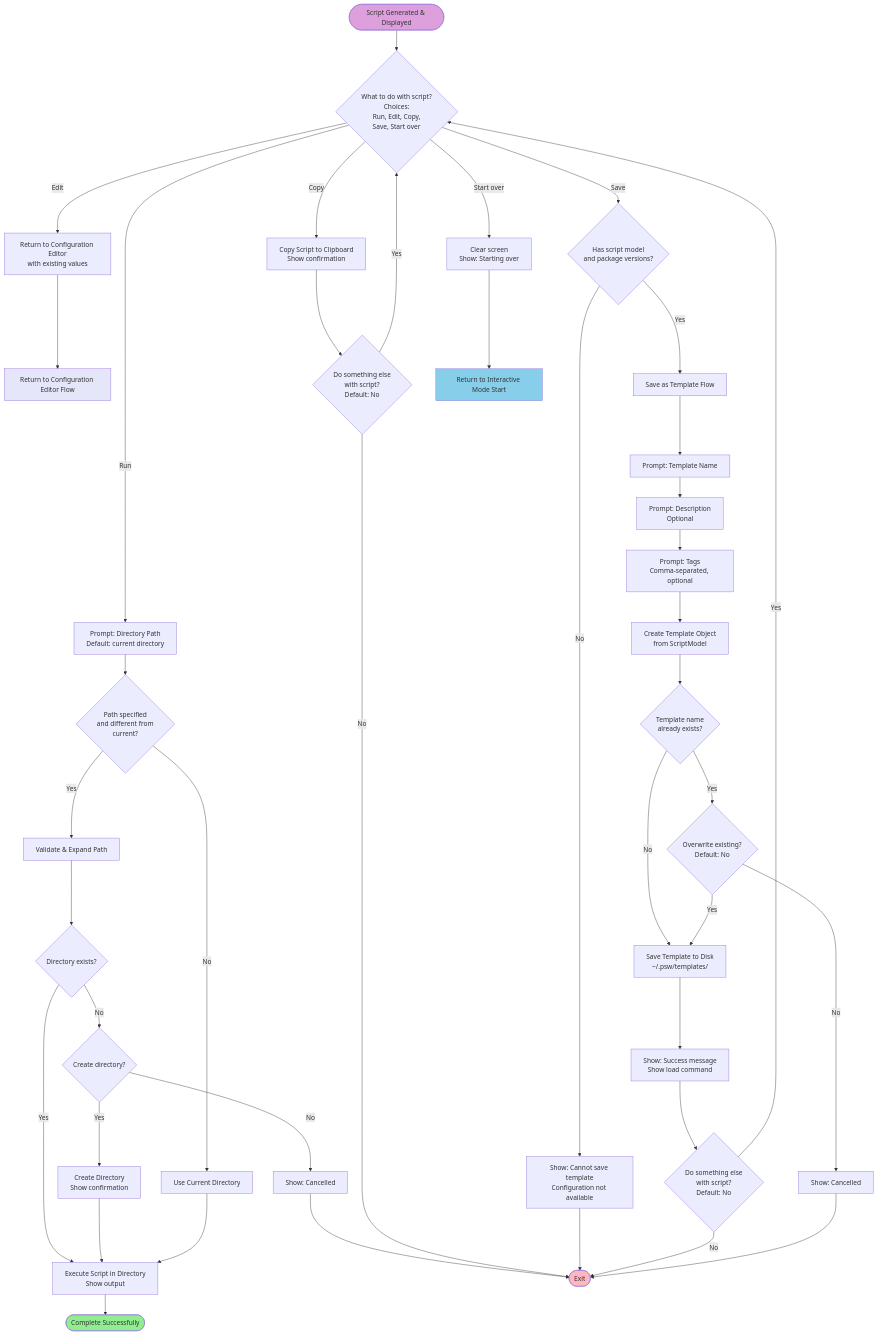
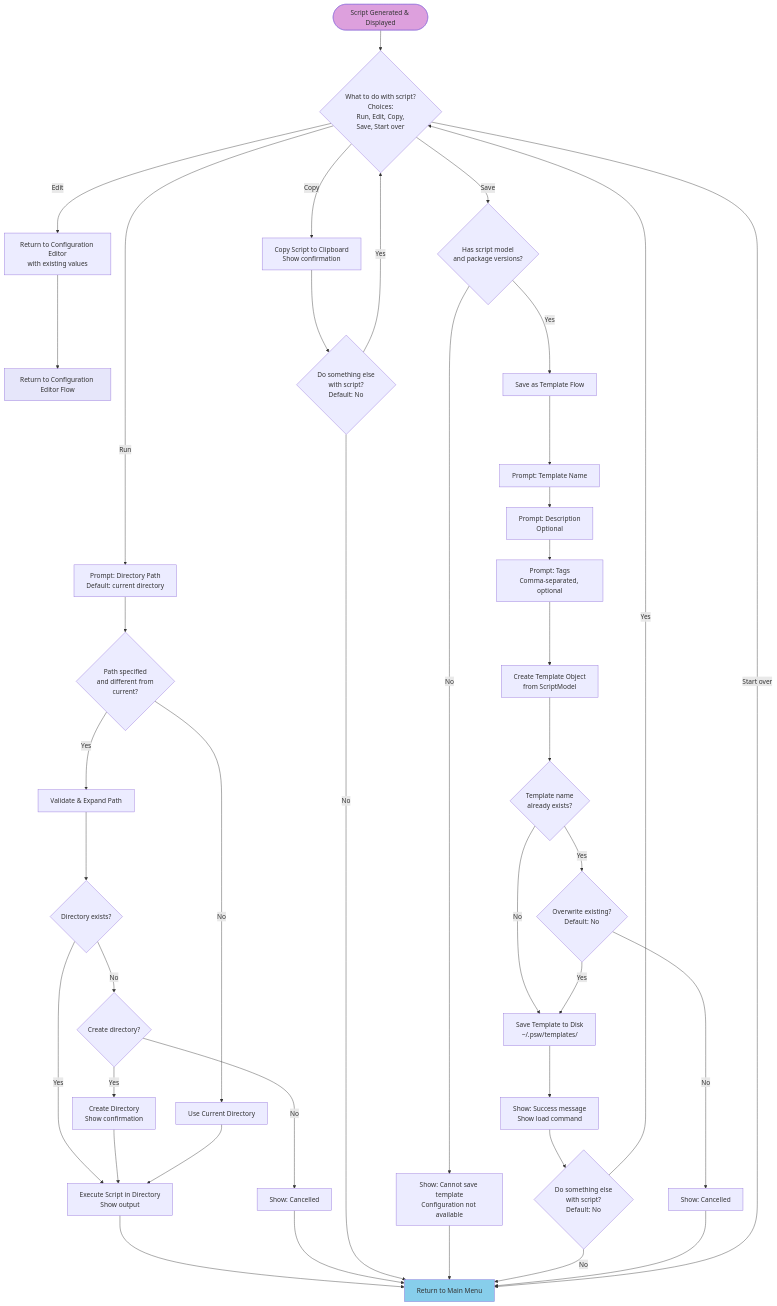
Before and after one commit to prjseal/Package-Script-Writer: the eighth of 8 diagrams in CLI-Interactive-Mode-Flow.md, drawn with Mermaid. The commit also changed other lines of this file, not shown here.

Commit message:
Make all flows return to main menu instead of exiting
Changed the application to use a continuous loop pattern where all flows
return to the main menu instead of exiting:

Interactive Mode (Diagram 2):
- ScriptActions now returns to MainMenu instead of Exit
- Removed End([Exit Interactive Mode]) node

Script Actions Flow (Diagram 8):
- All completion paths now return to main menu:
  * After running script successfully → Main Menu
  * After canceling run → Main Menu
  * After copying to clipboard (when user says no to continue) → Main Menu
  * After saving template (when user says no to continue) → Main Menu
  * After canceling save → Main Menu
  * "Start over" action → Main Menu
  * When template cannot be saved → Main Menu

Benefits:
- Users can perform multiple actions in one session
- No need to restart the tool for each operation
- More intuitive workflow - always returns to familiar starting point
- Consistent with other menu options (templates, history, etc.)

Only way to exit is Ctrl+C or explicit program termination.

````diff
--- a/CLI-Interactive-Mode-Flow.md
+++ b/CLI-Interactive-Mode-Flow.md
@@ -348,67 +347,64 @@
 ```mermaid
 flowchart TD
     Start([Script Generated & Displayed]) --> AskAction{What to do with script?<br/>Choices:<br/>Run, Edit, Copy,<br/>Save, Start over}
 
     %% RUN PATH
     AskAction -->|Run| PromptDir[Prompt: Directory Path<br/>Default: current directory]
     PromptDir --> CheckPath{Path specified<br/>and different from<br/>current?}
 
     CheckPath -->|No| UseCurrentDir[Use Current Directory]
     CheckPath -->|Yes| ExpandPath[Validate & Expand Path]
     ExpandPath --> DirExists{Directory exists?}
 
     DirExists -->|Yes| RunScript[Execute Script in Directory<br/>Show output]
     DirExists -->|No| AskCreate{Create directory?}
     AskCreate -->|Yes| CreateDir[Create Directory<br/>Show confirmation]
     AskCreate -->|No| CancelRun[Show: Cancelled]
     CreateDir --> RunScript
 
     UseCurrentDir --> RunScript
-    RunScript --> Complete([Complete Successfully])
-    CancelRun --> End([Exit])
+    RunScript --> ReturnToMainMenu[Return to Main Menu]
+    CancelRun --> ReturnToMainMenu
 
     %% EDIT PATH
     AskAction -->|Edit| EditConfig[Return to Configuration Editor<br/>with existing values]
 
     EditConfig --> BackToConfigEditor[Return to Configuration Editor Flow]
 
     %% COPY PATH
     AskAction -->|Copy| CopyClipboard[Copy Script to Clipboard<br/>Show confirmation]
     CopyClipboard --> AskContinue{Do something else<br/>with script?<br/>Default: No}
     AskContinue -->|Yes| AskAction
-    AskContinue -->|No| End
+    AskContinue -->|No| ReturnToMainMenu
 
     %% SAVE PATH
     AskAction -->|Save| CheckModel{Has script model<br/>and package versions?}
     CheckModel -->|No| ShowCannotSave[Show: Cannot save template<br/>Configuration not available]
-    ShowCannotSave --> End
+    ShowCannotSave --> ReturnToMainMenu
 
     CheckModel -->|Yes| SaveFlow[Save as Template Flow]
     SaveFlow --> PromptName[Prompt: Template Name]
     PromptName --> PromptDesc[Prompt: Description<br/>Optional]
     PromptDesc --> PromptTags[Prompt: Tags<br/>Comma-separated, optional]
 
     PromptTags --> CreateTemplate[Create Template Object<br/>from ScriptModel]
     CreateTemplate --> TemplateExists{Template name<br/>already exists?}
 
     TemplateExists -->|No| SaveTemplate[Save Template to Disk<br/>~/.psw/templates/]
     TemplateExists -->|Yes| AskOverwrite{Overwrite existing?<br/>Default: No}
     AskOverwrite -->|No| CancelSave[Show: Cancelled]
     AskOverwrite -->|Yes| SaveTemplate
 
     SaveTemplate --> ShowSuccess[Show: Success message<br/>Show load command]
     ShowSuccess --> AskContinueSave{Do something else<br/>with script?<br/>Default: No}
     AskContinueSave -->|Yes| AskAction
-    AskContinueSave -->|No| End
-    CancelSave --> End
+    AskContinueSave -->|No| ReturnToMainMenu
+    CancelSave --> ReturnToMainMenu
 
     %% START OVER PATH
-    AskAction -->|Start over| ClearScreen[Clear screen<br/>Show: Starting over]
-    ClearScreen --> RestartInteractive[Return to Interactive Mode Start]
+    AskAction -->|Start over| ReturnToMainMenu
 
     style Start fill:#DDA0DD
-    style Complete fill:#90EE90
-    style End fill:#FFB6C1
+    style ReturnToMainMenu fill:#87CEEB
     style BackToConfigEditor fill:#E6E6FA
-    style RestartInteractive fill:#87CEEB
 ```
````
